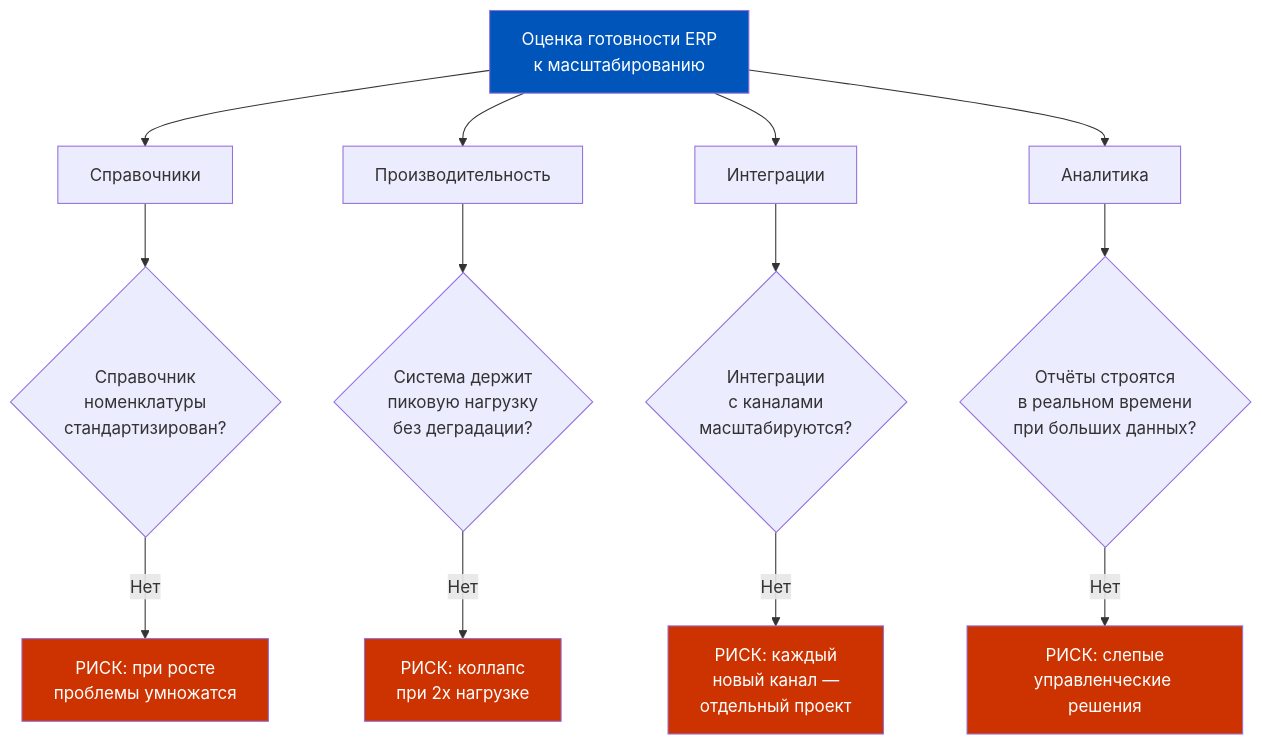
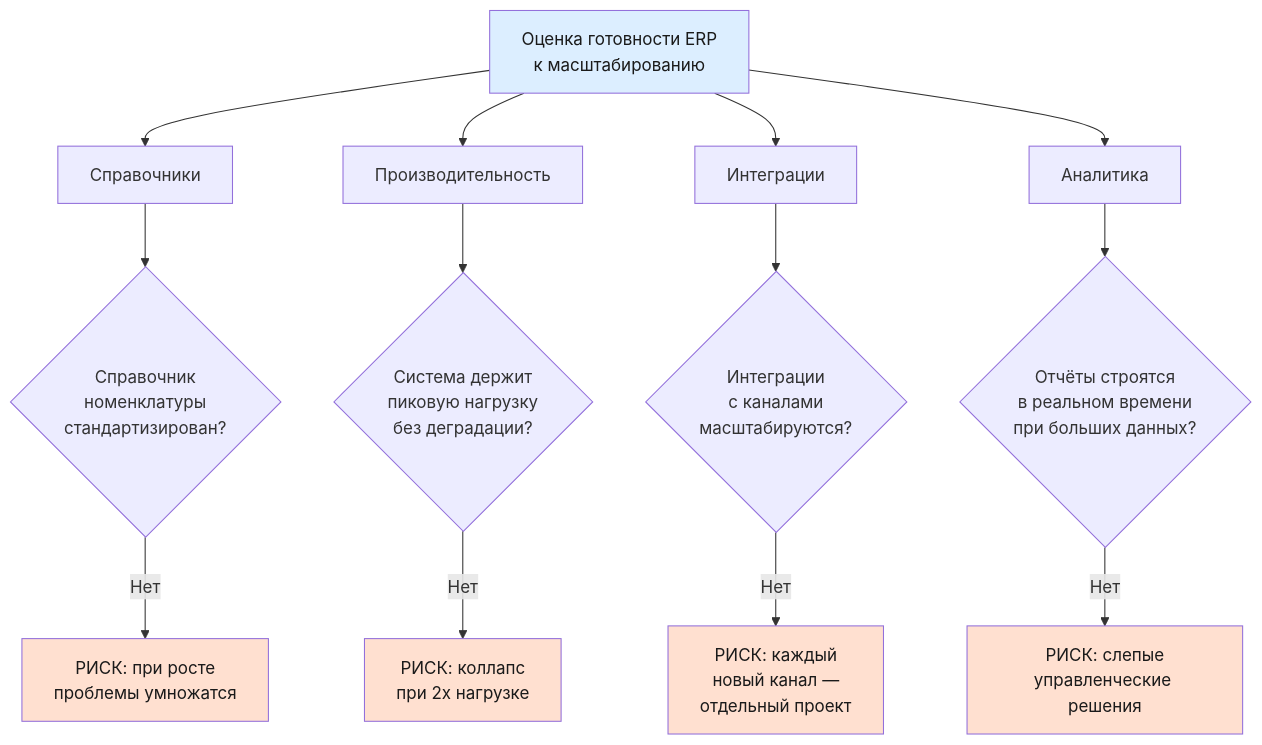
One commit to murad1986/1c-erp-quartz changed the seventh of 11 diagrams in content/1c-erp/week_7/Неделя 7 - День 7 - История Delivery Club.md. Above: the diagram before and after it, drawn with Mermaid. The commit also changed other lines of this file and 57 other files, not shown here.

First line of the commit message:
fix: Mermaid — пастельные цвета в источниках диаграмм (56 файлов)

````diff
--- a/content/1c-erp/week_7/Неделя 7 - День 7 - История Delivery Club.md
+++ b/content/1c-erp/week_7/Неделя 7 - День 7 - История Delivery Club.md
@@ -450,21 +450,21 @@
 ```mermaid
 graph TD
     A[Оценка готовности ERP<br/>к масштабированию] --> B[Справочники]
     A --> C[Производительность]
     A --> D[Интеграции]
     A --> E[Аналитика]
     B --> B1{Справочник<br/>номенклатуры<br/>стандартизирован?}
     C --> C1{Система держит<br/>пиковую нагрузку<br/>без деградации?}
     D --> D1{Интеграции<br/>с каналами<br/>масштабируются?}
     E --> E1{Отчёты строятся<br/>в реальном времени<br/>при больших данных?}
     B1 -->|Нет| B2[РИСК: при росте<br/>проблемы умножатся]
     C1 -->|Нет| C2[РИСК: коллапс<br/>при 2x нагрузке]
     D1 -->|Нет| D2[РИСК: каждый<br/>новый канал —<br/>отдельный проект]
     E1 -->|Нет| E2[РИСК: слепые<br/>управленческие решения]
 
-    style A fill:#0055BB,color:#fff
-    style B2 fill:#cc3300,color:#fff
-    style C2 fill:#cc3300,color:#fff
-    style D2 fill:#cc3300,color:#fff
-    style E2 fill:#cc3300,color:#fff
+    style A fill:#dceeff,color:#1a1a1a
+    style B2 fill:#ffe0d0,color:#1a1a1a
+    style C2 fill:#ffe0d0,color:#1a1a1a
+    style D2 fill:#ffe0d0,color:#1a1a1a
+    style E2 fill:#ffe0d0,color:#1a1a1a
 ```
````
